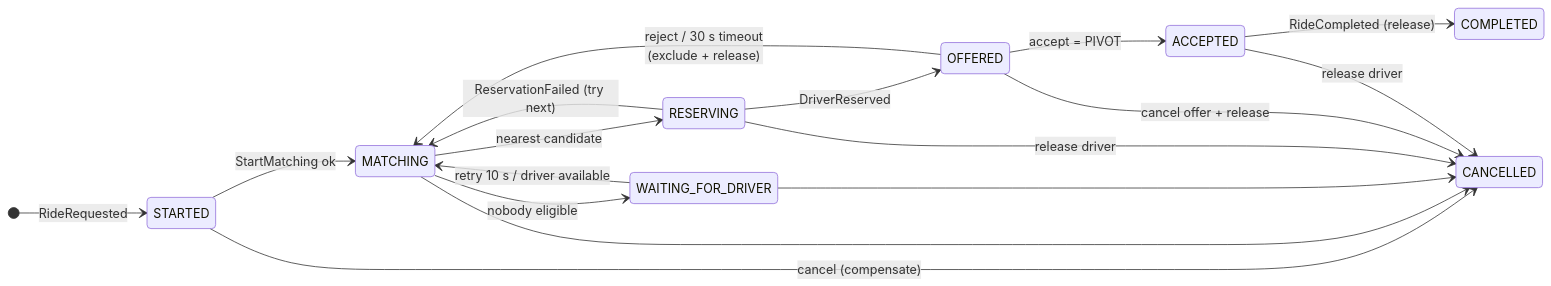
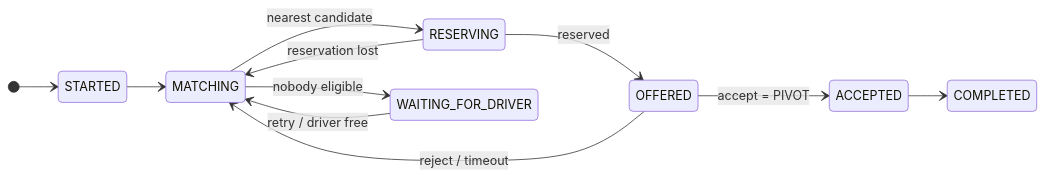
Before and after one commit to khoaphan-tw/coding-challenges-demo: diagram 14 of 15 in coding-challenge-3/kvp/demo/presentation.md, drawn with Mermaid. The commit also changed other lines of this file and 4 other files, not shown here.

````diff
--- a/coding-challenge-3/kvp/demo/presentation.md
+++ b/coding-challenge-3/kvp/demo/presentation.md
@@ -441,20 +791,14 @@
 ```mermaid
 stateDiagram-v2
     direction LR
-    [*] --> STARTED: RideRequested
-    STARTED --> MATCHING: StartMatching ok
+    [*] --> STARTED
+    STARTED --> MATCHING
     MATCHING --> RESERVING: nearest candidate
-    RESERVING --> OFFERED: DriverReserved
-    RESERVING --> MATCHING: ReservationFailed (try next)
+    RESERVING --> MATCHING: reservation lost
+    RESERVING --> OFFERED: reserved
     MATCHING --> WAITING_FOR_DRIVER: nobody eligible
-    WAITING_FOR_DRIVER --> MATCHING: retry 10 s / driver available
-    OFFERED --> MATCHING: reject / 30 s timeout<br/>(exclude + release)
+    WAITING_FOR_DRIVER --> MATCHING: retry / driver free
+    OFFERED --> MATCHING: reject / timeout
     OFFERED --> ACCEPTED: accept = PIVOT
-    ACCEPTED --> COMPLETED: RideCompleted (release)
-    STARTED --> CANCELLED: cancel (compensate)
-    MATCHING --> CANCELLED
-    WAITING_FOR_DRIVER --> CANCELLED
-    RESERVING --> CANCELLED: release driver
-    OFFERED --> CANCELLED: cancel offer + release
-    ACCEPTED --> CANCELLED: release driver
+    ACCEPTED --> COMPLETED
 ```
````
